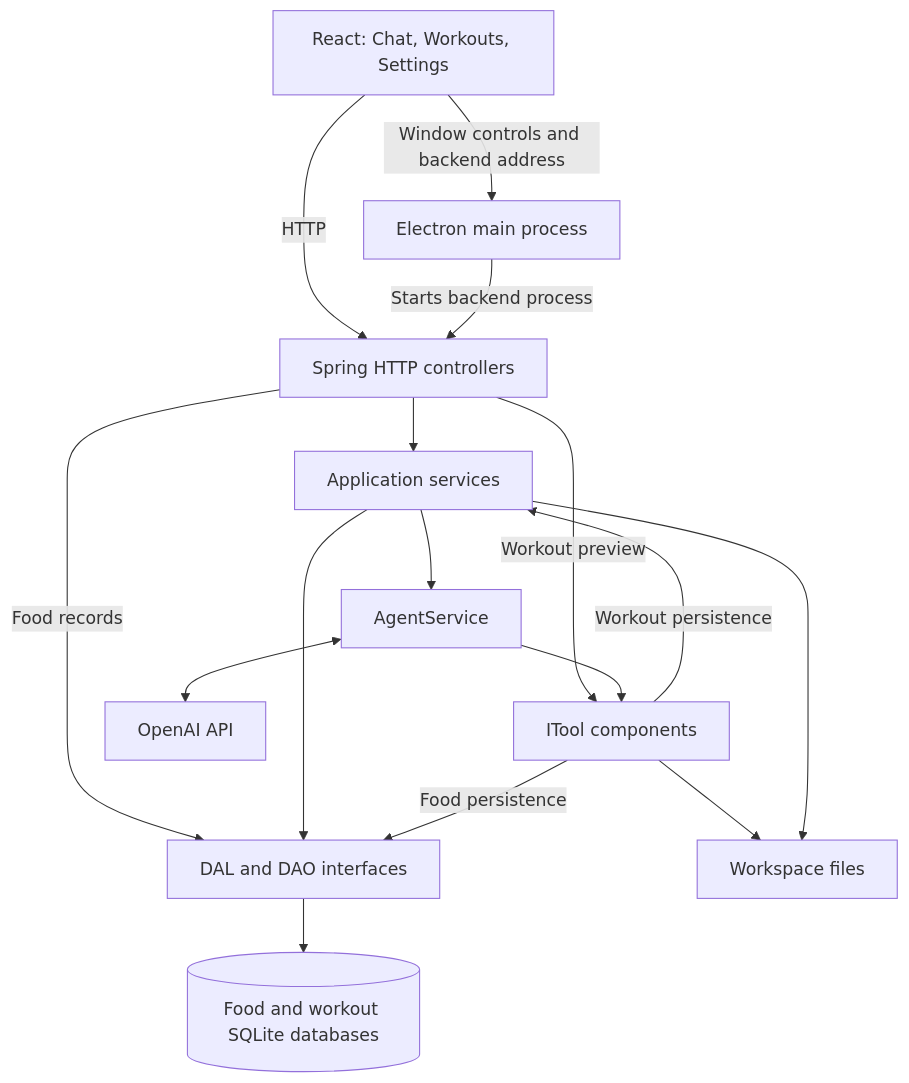
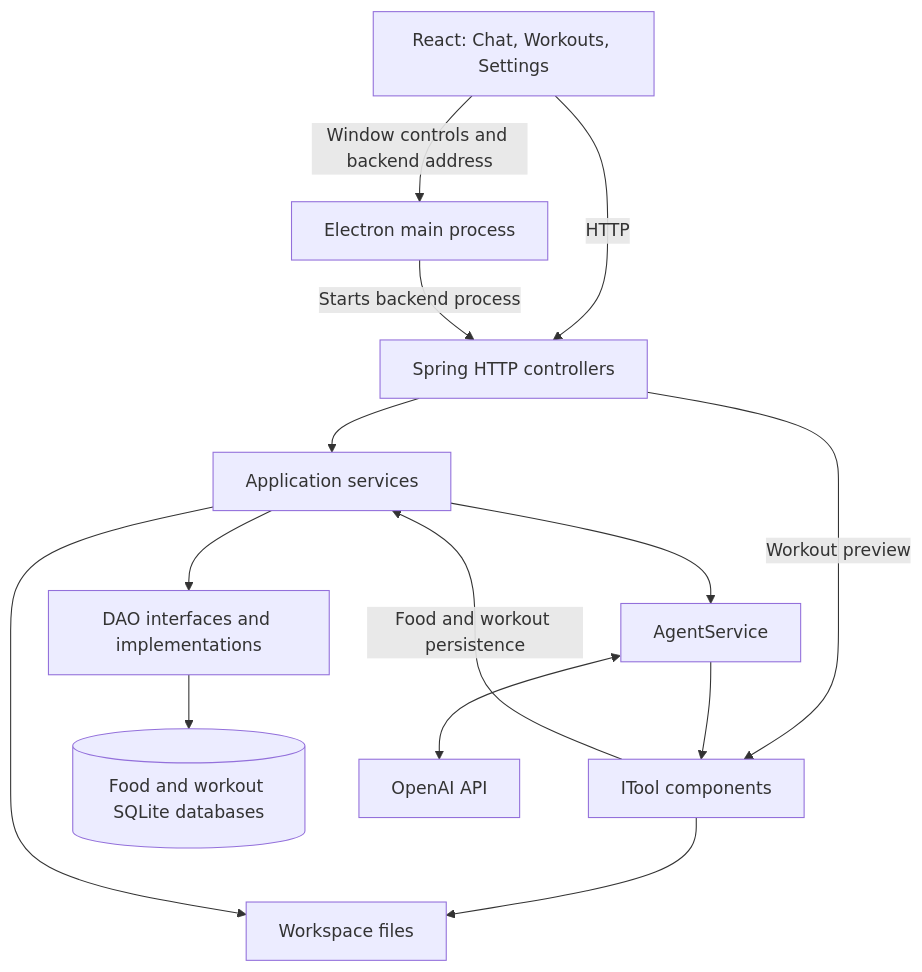
Before and after one commit to phanmi/tyler_agent: the diagram in docs/DEVELOPMENT.md, drawn with Mermaid. The commit also changed other lines of this file and 11 other files, not shown here.

````diff
--- a/docs/DEVELOPMENT.md
+++ b/docs/DEVELOPMENT.md
@@ -90,29 +90,27 @@
 ```mermaid
 flowchart TB
     UI["React: Chat, Workouts, Settings"]
     Desktop["Electron main process"]
     Controllers["Spring HTTP controllers"]
     Services["Application services"]
     Agent["AgentService"]
     Tools["ITool components"]
-    Data["DAL and DAO interfaces"]
+    Data["DAO interfaces and implementations"]
     SQLite[("Food and workout SQLite databases")]
     Files["Workspace files"]
     OpenAI["OpenAI API"]
 
     UI -->|HTTP| Controllers
     UI -->|Window controls and backend address| Desktop
     Desktop -->|Starts backend process| Controllers
     Controllers --> Services
-    Controllers -->|Food records| Data
     Controllers -->|Workout preview| Tools
     Services --> Agent
     Agent <--> OpenAI
     Agent --> Tools
     Services --> Data
-    Tools -->|Food persistence| Data
-    Tools -->|Workout persistence| Services
+    Tools -->|Food and workout persistence| Services
     Data --> SQLite
     Tools --> Files
     Services --> Files
 ```
````
